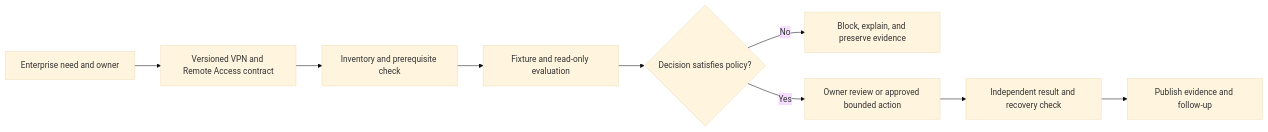
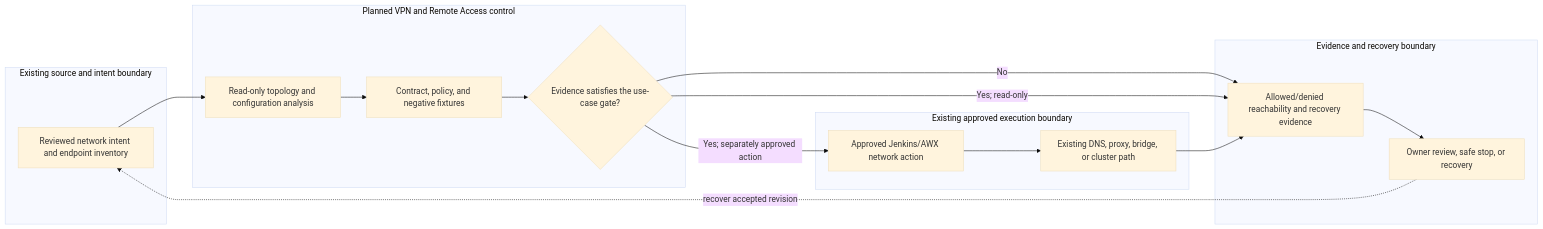
Before and after one commit to MIDHTECH/enterprise-architecture-docs: the diagram in docs/use-cases/network/UC-NET-015-vpn-and-remote-access.md, drawn with Mermaid (base theme). The commit also changed other lines of this file and 227 other files, not shown here.

Commit message:
Deepen architecture for all use case designs

````diff
--- a/docs/use-cases/network/UC-NET-015-vpn-and-remote-access.md
+++ b/docs/use-cases/network/UC-NET-015-vpn-and-remote-access.md
@@ -136,11 +129,25 @@
 ```mermaid
 flowchart LR
-    Need["Enterprise need and owner"] --> Contract["Versioned VPN and Remote Access contract"]
-    Contract --> Preflight["Inventory and prerequisite check"]
-    Preflight --> Evaluate["Fixture and read-only evaluation"]
-    Evaluate --> Decision{"Decision satisfies policy?"}
-    Decision -->|No| Stop["Block, explain, and preserve evidence"]
-    Decision -->|Yes| Review["Owner review or approved bounded action"]
-    Review --> Verify["Independent result and recovery check"]
-    Verify --> Publish["Publish evidence and follow-up"]
+    subgraph Source["Existing source and intent boundary"]
+        A["Reviewed network intent and endpoint inventory"]
+    end
+    subgraph Planned["Planned VPN and Remote Access control"]
+        B["Read-only topology and configuration analysis"]
+        C["Contract, policy, and negative fixtures"]
+        D{"Evidence satisfies the use-case gate?"}
+    end
+    subgraph Runtime["Existing approved execution boundary"]
+        E["Approved Jenkins/AWX network action"]
+        F["Existing DNS, proxy, bridge, or cluster path"]
+    end
+    subgraph Assurance["Evidence and recovery boundary"]
+        G["Allowed/denied reachability and recovery evidence"]
+        H["Owner review, safe stop, or recovery"]
+    end
+
+    A --> B --> C --> D
+    D -->|No| G --> H
+    D -->|Yes; read-only| G
+    D -->|Yes; separately approved action| E --> F --> G
+    H -. recover accepted revision .-> A
 ```
````
